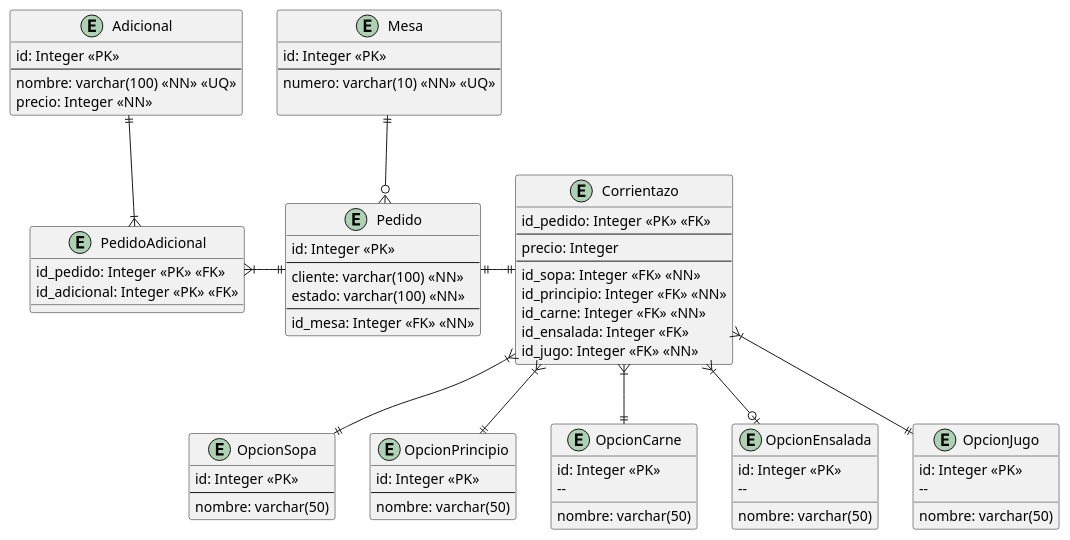
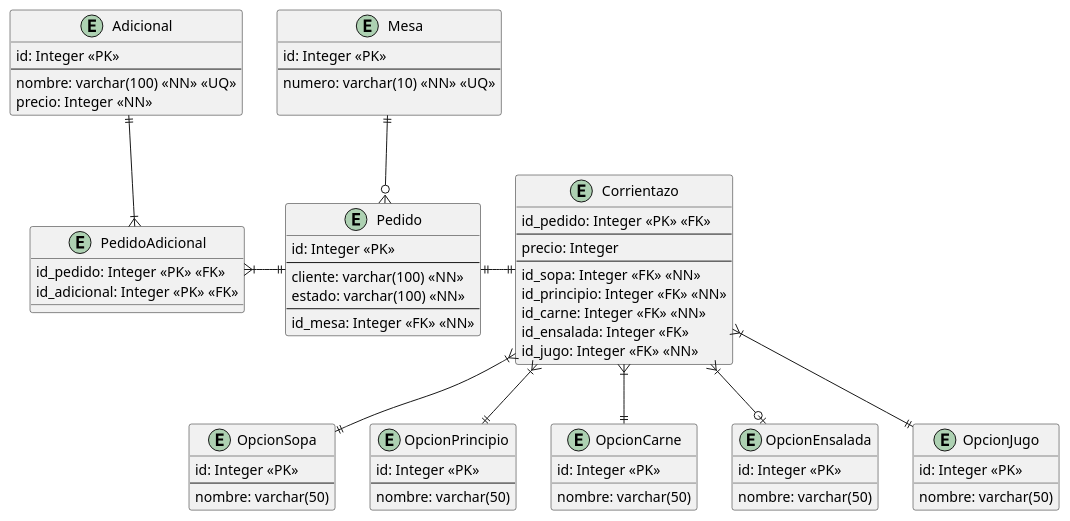
One commit to coscristian/Ciclo-2---MinTic changed the diagram in ProyectosCiclo2/restaurantecorrientazo/src/main/java/com/cristian/desarrollo/doc/diagrama_relacional.plantuml. Above: the diagram before and after it, drawn with PlantUML. The commit also changed 14 other files, not shown here.

```diff
--- a/ProyectosCiclo2/restaurantecorrientazo/src/main/java/com/cristian/desarrollo/doc/diagrama_relacional.plantuml
+++ b/ProyectosCiclo2/restaurantecorrientazo/src/main/java/com/cristian/desarrollo/doc/diagrama_relacional.plantuml
@@ -1,84 +1,81 @@
 @startuml "Diagrama Relacional"
 
 Entity Mesa{
     id: Integer <<PK>>
     --
     numero: varchar(10) << NN >> <<UQ>>
     
 }
 
 Entity Pedido {
     id: Integer <<PK>>
     --
     cliente: varchar(100) <<NN>>
     estado: varchar(100) <<NN>>
     --
     id_mesa: Integer <<FK>> <<NN>>
 }
 
 Entity Adicional {
     id: Integer <<PK>>
     --
     nombre: varchar(100) <<NN>> <<UQ>>
     precio: Integer <<NN>>
 }
 
 Entity PedidoAdicional{
     id_pedido: Integer <<PK>> <<FK>>
     id_adicional: Integer <<PK>> <<FK>>
 }
 
 Entity Corrientazo{
     id_pedido: Integer <<PK>> <<FK>>
     --
     precio: Integer
     --
     id_sopa: Integer <<FK>> <<NN>>
     id_principio: Integer <<FK>> <<NN>>
     id_carne: Integer <<FK>> <<NN>>
     id_ensalada: Integer <<FK>> 
     id_jugo: Integer <<FK>> <<NN>>
 }
 
 Entity OpcionSopa{
     id: Integer <<PK>>
     --
     nombre: varchar(50)
 }
 
 Entity OpcionPrincipio{
     id: Integer <<PK>>
     --
     nombre: varchar(50)
 }
 
 Entity OpcionCarne{
     id: Integer <<PK>>
-    --    
     nombre: varchar(50)
 }
 
 Entity OpcionEnsalada{
-    id: Integer <<PK>>
-    --    
+    id: Integer <<PK>>    
     nombre: varchar(50)
 }
 
 Entity OpcionJugo{
-    id: Integer <<PK>>
-    --    
+    id: Integer <<PK>>    
     nombre: varchar(50)
 }
 
 
 Mesa ||--o{ Pedido
 Pedido ||-left-|{ PedidoAdicional
 Adicional ||--|{ PedidoAdicional
 Pedido ||-right-|| Corrientazo
 
 Corrientazo }|--|| OpcionSopa
 Corrientazo }|--|| OpcionPrincipio
 Corrientazo }|--|| OpcionCarne
 Corrientazo }|--o| OpcionEnsalada
 Corrientazo }|--|| OpcionJugo
 @enduml
```
